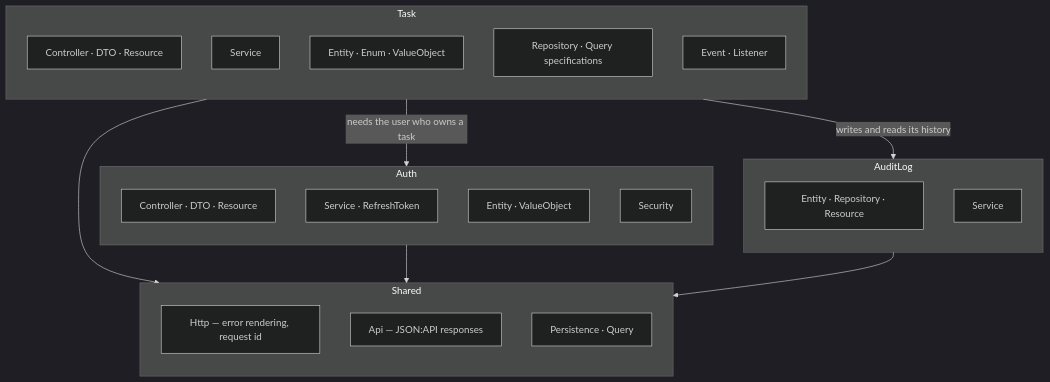
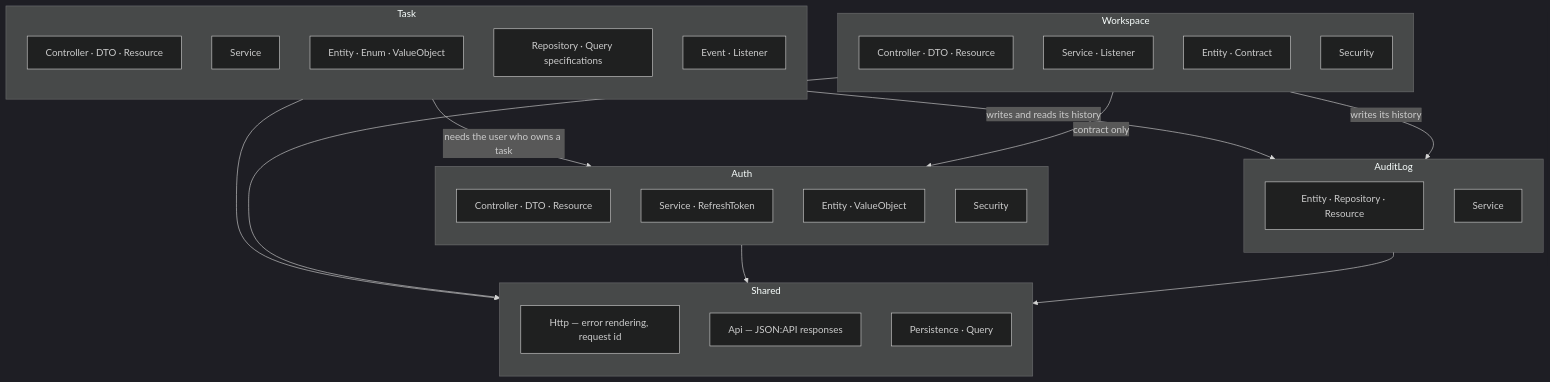
One commit to NikitaSomik/symfony-todo-app changed the second of 5 diagrams in docs/architecture.md. Above: the diagram before and after it, drawn with Mermaid (dark theme). The commit also changed other lines of this file and 63 other files, not shown here.

````diff
--- a/docs/architecture.md
+++ b/docs/architecture.md
@@ -29,38 +29,49 @@
 ```mermaid
 flowchart TB
     subgraph Task
         direction TB
         t1[Controller · DTO · Resource]
         t2[Service]
         t3[Entity · Enum · ValueObject]
         t4[Repository · Query specifications]
         t5[Event · Listener]
     end
 
     subgraph Auth
         direction TB
         a1[Controller · DTO · Resource]
         a2[Service · RefreshToken]
         a3[Entity · ValueObject]
         a4[Security]
     end
 
+    subgraph Workspace
+        direction TB
+        w1[Controller · DTO · Resource]
+        w2[Service · Listener]
+        w3[Entity · Contract]
+        w4[Security]
+    end
+
     subgraph AuditLog
         direction TB
         l1[Entity · Repository · Resource]
         l2[Service]
     end
 
     subgraph Shared
         direction TB
         s1[Http — error rendering, request id]
         s2[Api — JSON:API responses]
         s4[Persistence · Query]
     end
 
     Task -->|needs the user who owns a task| Auth
     Task -->|writes and reads its history| AuditLog
+    Workspace -->|contract only| Auth
+    Workspace -->|writes its history| AuditLog
     Task --> Shared
+    Workspace --> Shared
     Auth --> Shared
     AuditLog --> Shared
 ```
````
